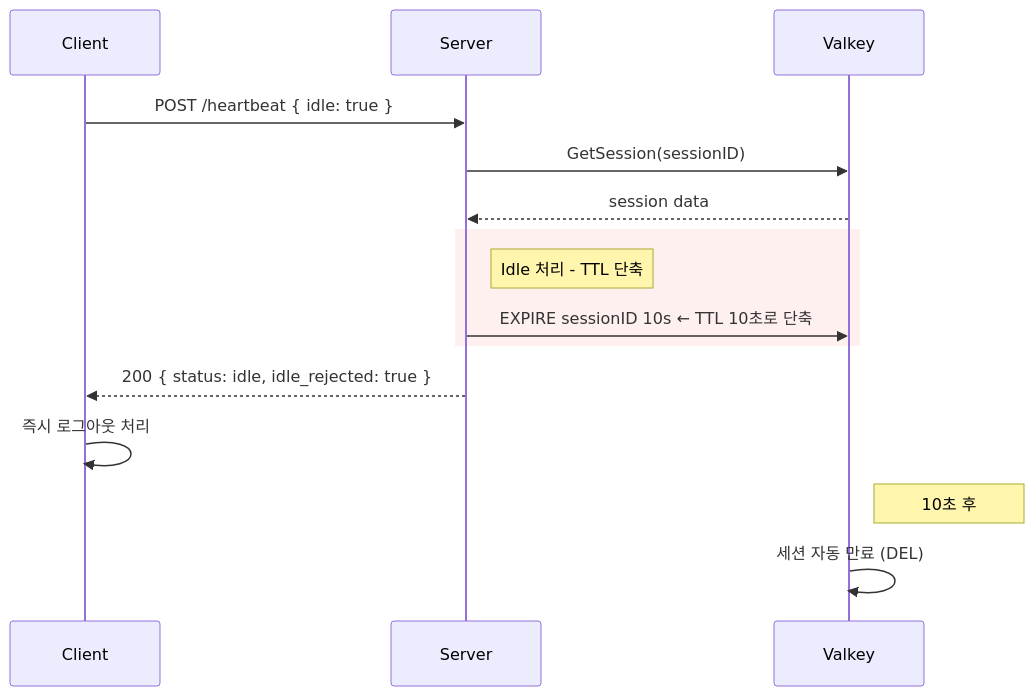
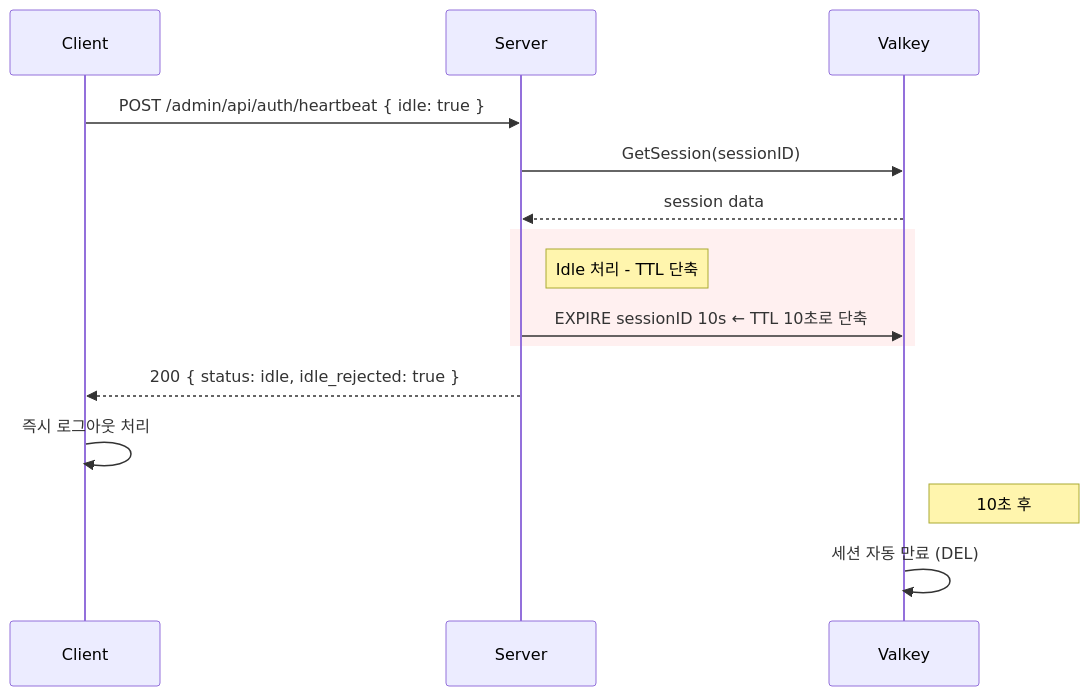
One commit to park285/llm-kakao-bots changed the second of 2 diagrams in hololive-kakao-bot-go/docs/api/session_security.md. Above: the diagram before and after it, drawn with Mermaid. The commit also changed other lines of this file and 263 other files, not shown here.

````diff
--- a/hololive-kakao-bot-go/docs/api/session_security.md
+++ b/hololive-kakao-bot-go/docs/api/session_security.md
@@ -460,21 +459,21 @@
 ```mermaid
 sequenceDiagram
     participant C as Client
     participant S as Server
     participant V as Valkey
 
-    C->>S: POST /heartbeat { idle: true }
+    C->>S: POST /admin/api/auth/heartbeat { idle: true }
     S->>V: GetSession(sessionID)
     V-->>S: session data
     
     rect rgb(255, 240, 240)
     note right of S: Idle 처리 - TTL 단축
     S->>V: EXPIRE sessionID 10s  ← TTL 10초로 단축
     end
     
     S-->>C: 200 { status: idle, idle_rejected: true }
     C->>C: 즉시 로그아웃 처리
     
     note right of V: 10초 후
     V->>V: 세션 자동 만료 (DEL)
 ```
````
